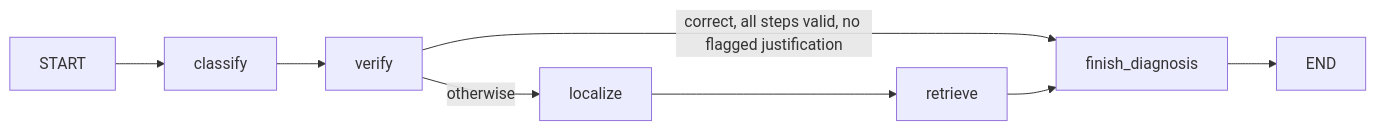
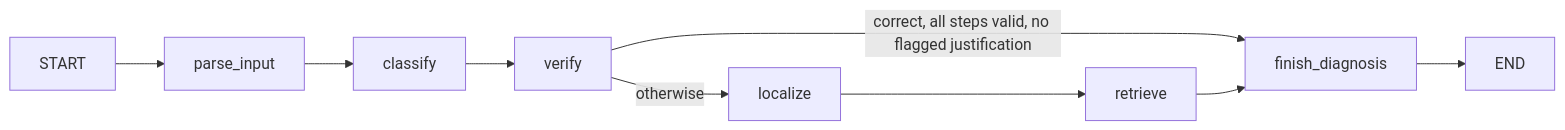
Before and after one commit to ruzhylopv/math-tutor-nlp-sys: the second of 2 diagrams in docs/architecture.md, drawn with Mermaid. The commit also changed other lines of this file and 3 other files, not shown here.

````diff
--- a/docs/architecture.md
+++ b/docs/architecture.md
@@ -45,7 +47,7 @@
 ```mermaid
 flowchart LR
-  START --> classify --> verify
+  START --> parse_input --> classify --> verify
   verify -->|"correct, all steps valid, no flagged justification"| finish_diagnosis
   verify -->|otherwise| localize --> retrieve --> finish_diagnosis
   finish_diagnosis --> END
 ```
````
